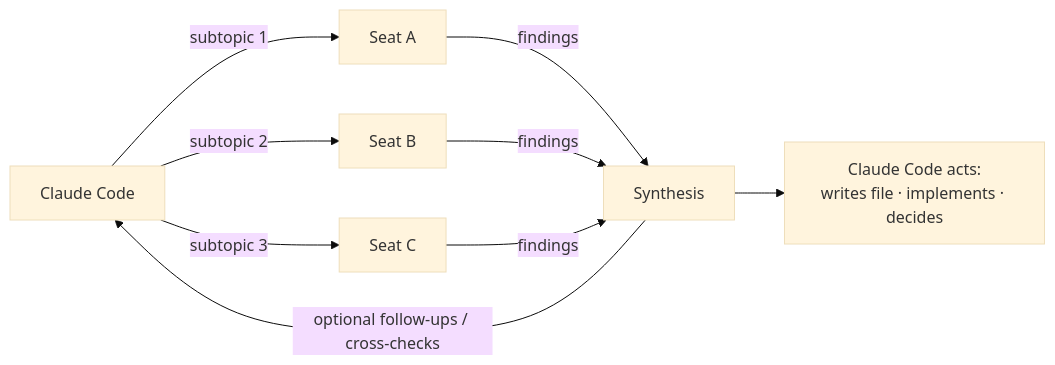
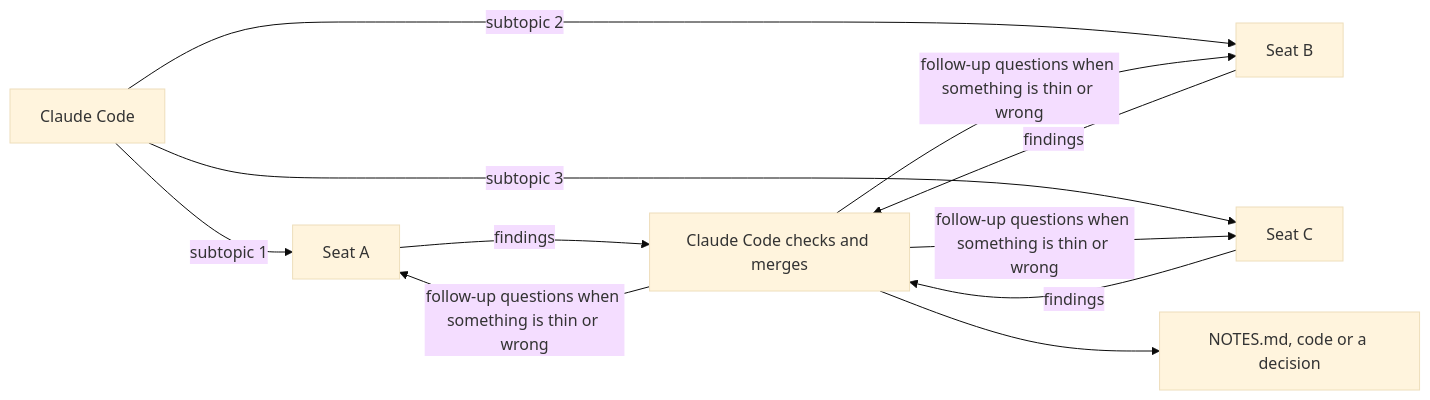
Before and after one commit to fatih255/tabcrew: the third of 3 diagrams in README.md, drawn with Mermaid (base theme). The commit also changed other lines of this file and 19 other files, not shown here.

````diff
--- a/README.md
+++ b/README.md
@@ -98,11 +108,9 @@
 ```mermaid
 flowchart LR
     CC[Claude Code] -->|subtopic 1| A[Seat A]
     CC -->|subtopic 2| B[Seat B]
     CC -->|subtopic 3| C[Seat C]
-    A -->|findings| S[Synthesis]
-    B -->|findings| S
-    C -->|findings| S
-    S -->|optional follow-ups / cross-checks| CC
-    S --> Act[Claude Code acts:<br/>writes file · implements · decides]
+    A & B & C -->|findings| S[Claude Code checks and merges]
+    S -->|follow-up questions when something is thin or wrong| A & B & C
+    S --> Out[NOTES.md, code or a decision]
 ```
````
